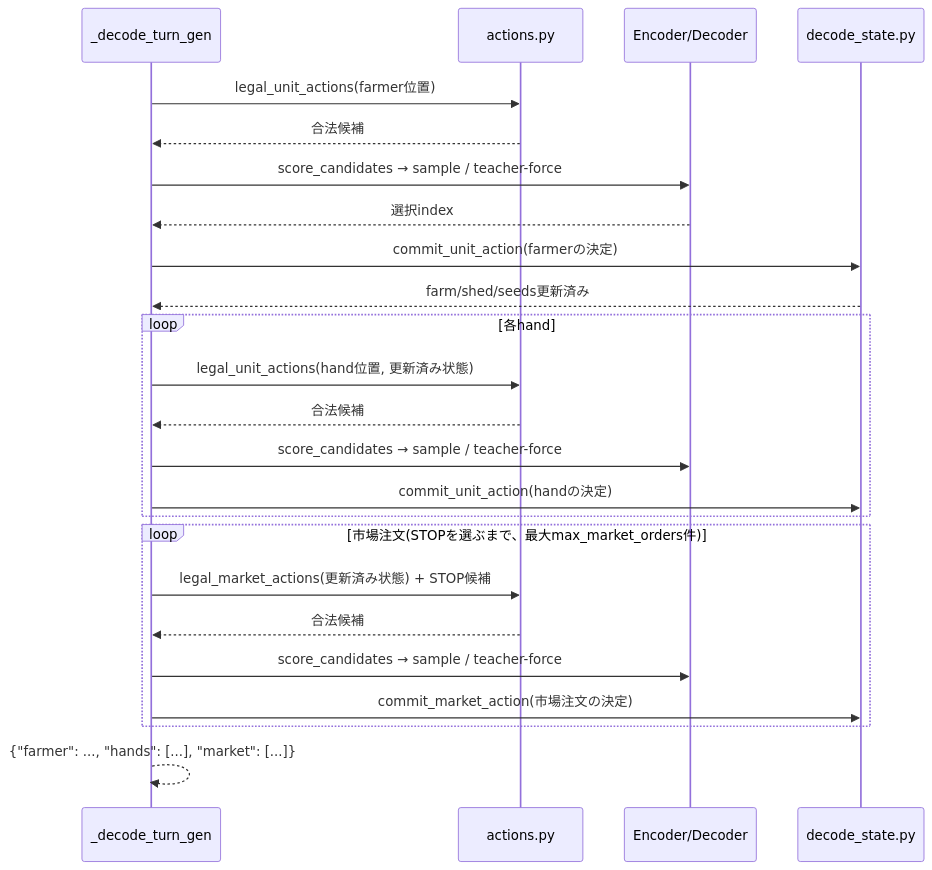
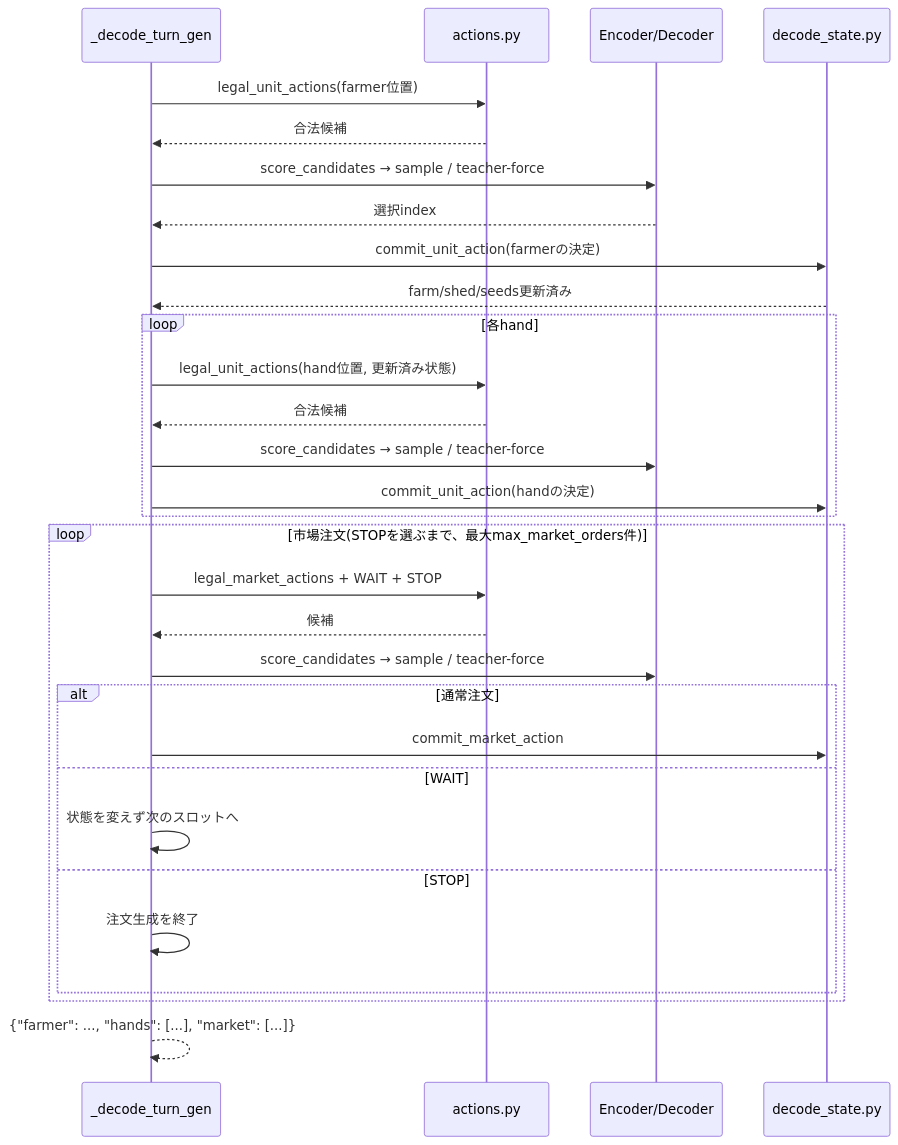
One commit to atsushi11o7/kaggriculture changed the third of 3 diagrams in src/kaggriculture/policy/README.md. Above: the diagram before and after it, drawn with Mermaid. The commit also changed other lines of this file and 4 other files, not shown here.

First line of the commit message:
Add market WAIT candidate for queue-position control

````diff
--- a/src/kaggriculture/policy/README.md
+++ b/src/kaggriculture/policy/README.md
@@ -122,30 +122,36 @@
 ```mermaid
 sequenceDiagram
     participant Gen as _decode_turn_gen
     participant Act as actions.py
     participant Net as Encoder/Decoder
     participant DS as decode_state.py
 
     Gen->>Act: legal_unit_actions(farmer位置)
     Act-->>Gen: 合法候補
     Gen->>Net: score_candidates → sample / teacher-force
     Net-->>Gen: 選択index
     Gen->>DS: commit_unit_action(farmerの決定)
     DS-->>Gen: farm/shed/seeds更新済み
 
     loop 各hand
         Gen->>Act: legal_unit_actions(hand位置, 更新済み状態)
         Act-->>Gen: 合法候補
         Gen->>Net: score_candidates → sample / teacher-force
         Gen->>DS: commit_unit_action(handの決定)
     end
 
     loop 市場注文(STOPを選ぶまで、最大max_market_orders件)
-        Gen->>Act: legal_market_actions(更新済み状態) + STOP候補
-        Act-->>Gen: 合法候補
+        Gen->>Act: legal_market_actions + WAIT + STOP
+        Act-->>Gen: 候補
         Gen->>Net: score_candidates → sample / teacher-force
-        Gen->>DS: commit_market_action(市場注文の決定)
+        alt 通常注文
+            Gen->>DS: commit_market_action
+        else WAIT
+            Gen->>Gen: 状態を変えず次のスロットへ
+        else STOP
+            Gen->>Gen: 注文生成を終了
+        end
     end
 
     Gen-->>Gen: {"farmer": ..., "hands": [...], "market": [...]}
 ```
````
